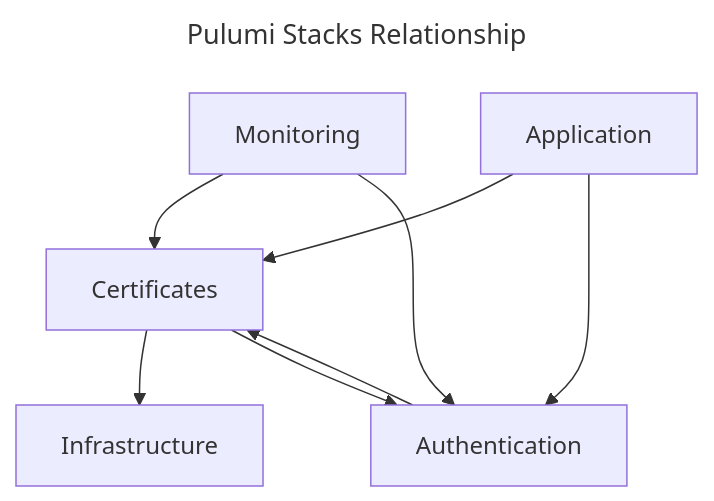
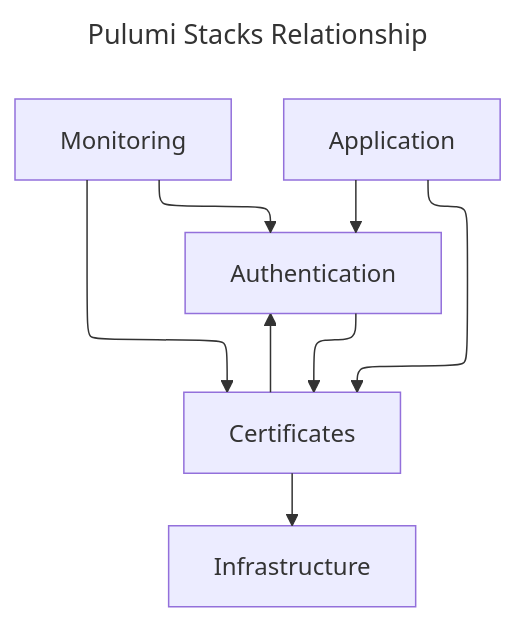
Before and after one commit to mattrent/CTF-Platform: the third of 3 diagrams in README.md, drawn with Mermaid. The commit also changed other lines of this file and 3 other files, not shown here.

````diff
--- a/README.md
+++ b/README.md
@@ -257,12 +265,15 @@
 ```mermaid
 ---
 title: Pulumi Stacks Relationship
+config:
+  theme: mc
+  look: classic
+  layout: elk
 ---
 flowchart TD
-    B[Certificates] --> A[Infrastructure] 
-    C[Monitoring] --> B
-    D[Authentication] --> B --> D
-    E[Application] --> B
-    E --> D
-    C --> D 
+    B["Certificates"] --> A["Infrastructure"] & D["Authentication"]
+    C["Monitoring"] --> B & D
+    D --> B
+    E["Application"] --> B & D
+
 ```
````
